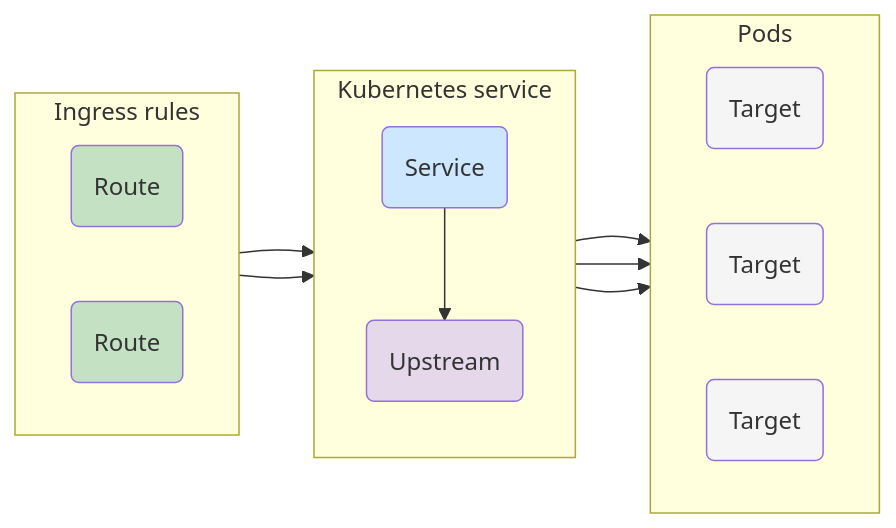
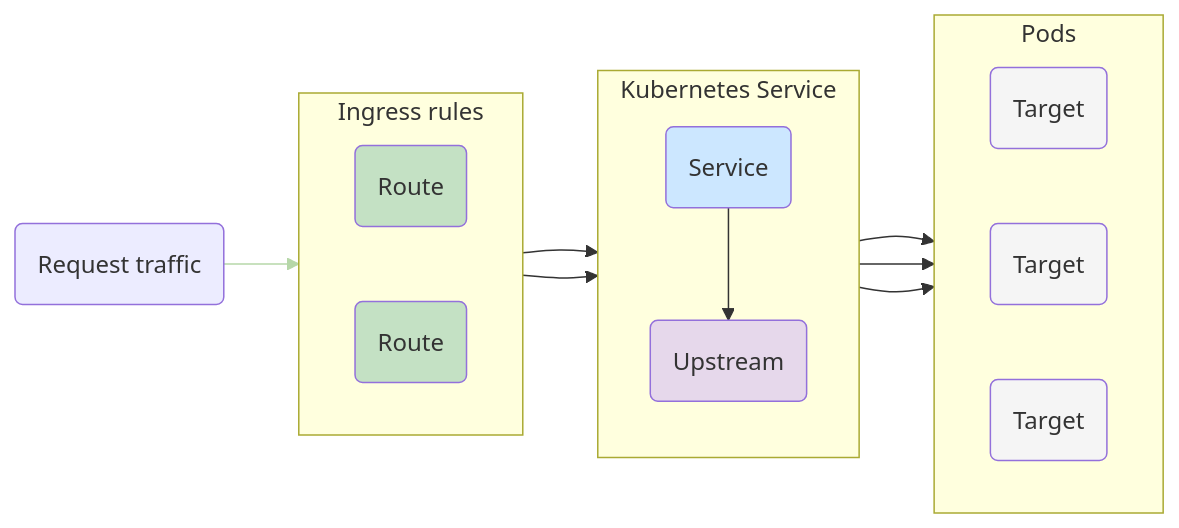
One commit to Kong/docs.konghq.com changed the second of 2 diagrams in app/_src/kubernetes-ingress-controller/concepts/architecture.md. Above: the diagram before and after it, drawn with Mermaid. The commit also changed other lines of this file and 1 other file, not shown here.

Commit message:
Add request traffic lines

```diff
--- a/app/_src/kubernetes-ingress-controller/concepts/architecture.md
+++ b/app/_src/kubernetes-ingress-controller/concepts/architecture.md
@@ -74,38 +81,42 @@
 {% mermaid %}
 flowchart LR
+    H(Request traffic)
     subgraph Pods
         direction LR
         E(Target)
         F(Target)
         G(Target)
     end
 
-    subgraph Kubernetes service
+    subgraph Kubernetes Service
         direction TB
         C(Service)
         D(Upstream)
     end
     
     subgraph Ingress rules
         direction LR
         A(Route)
         B(Route)
     end
 
     A --> C
     B --> C
     C --> D
     D --> E
     D --> F
     D --> G
+    H --> A
 
     classDef lightBlue fill:#cce7ff;
     classDef lightGreen fill:#c4e1c4;
     classDef lightPurple fill:#e6d8eb;
     classDef lightGrey fill:#f5f5f5;
 
     class A,B lightGreen;
     class C lightBlue;
     class D lightPurple;
     class E,F,G lightGrey;
+
+    linkStyle 6 stroke:#b6d7a8
 {% endmermaid %}
```
